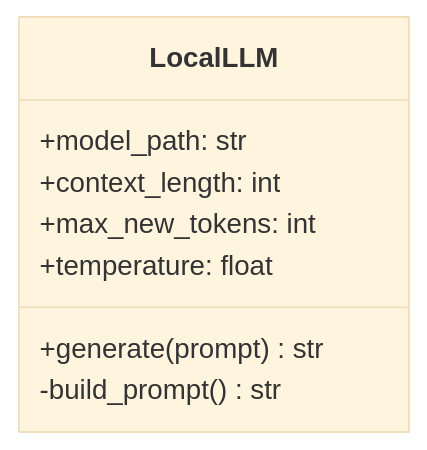
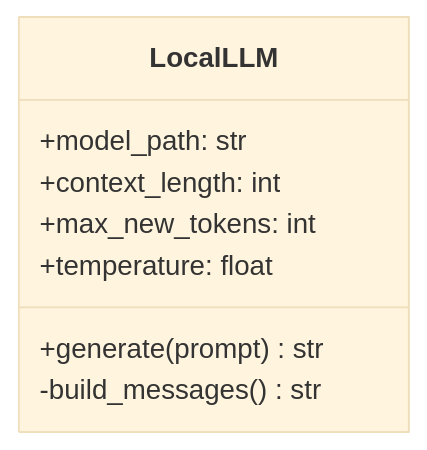
Before and after one commit to janiocljr/llm-rag: the fourth of 7 diagrams in docs/COMPONENTS.md, drawn with Mermaid (base theme). The commit also changed other lines of this file and 62 other files, not shown here.

````diff
--- a/docs/COMPONENTS.md
+++ b/docs/COMPONENTS.md
@@ -108,11 +108,11 @@
 ```mermaid
 classDiagram
     class LocalLLM {
         +model_path: str
         +context_length: int
         +max_new_tokens: int
         +temperature: float
         +generate(prompt) str
-        -build_prompt() str
+        -build_messages() str
     }
 ```
````
